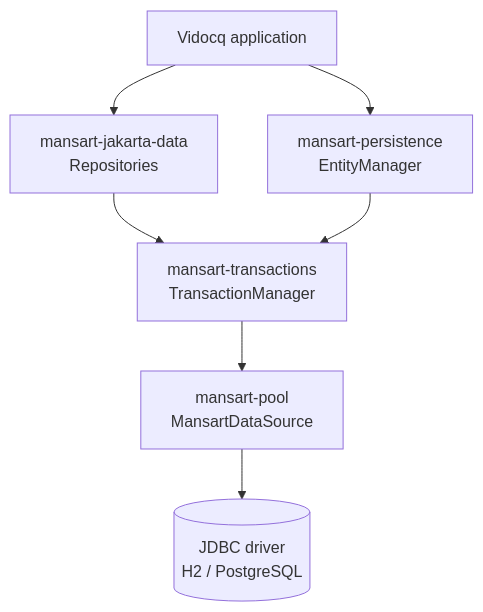
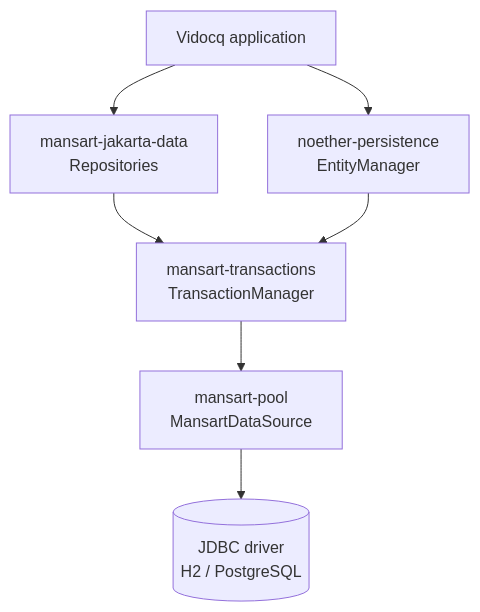
Before and after one commit to vidocq-stack/mansart: the first of 2 diagrams in docs/en/modules/ROOT/pages/index.adoc, drawn with Mermaid. The commit also changed other lines of this file and 680 other files, not shown here.

First line of the commit message:
refactor: move Persistence and Validation implementation to Noether

```diff
--- a/docs/en/modules/ROOT/pages/index.adoc
+++ b/docs/en/modules/ROOT/pages/index.adoc
@@ -72,11 +73,11 @@
 [mermaid]
 ....
 flowchart TB
     APP[Vidocq application] --> DATA[mansart-jakarta-data<br/>Repositories]
-    APP --> JPA[mansart-persistence<br/>EntityManager]
+    APP --> JPA[noether-persistence<br/>EntityManager]
     DATA --> TX[mansart-transactions<br/>TransactionManager]
     JPA --> TX
     TX --> POOL[mansart-pool<br/>MansartDataSource]
     POOL --> JDBC[(JDBC driver<br/>H2 / PostgreSQL)]
 
 ....
```
